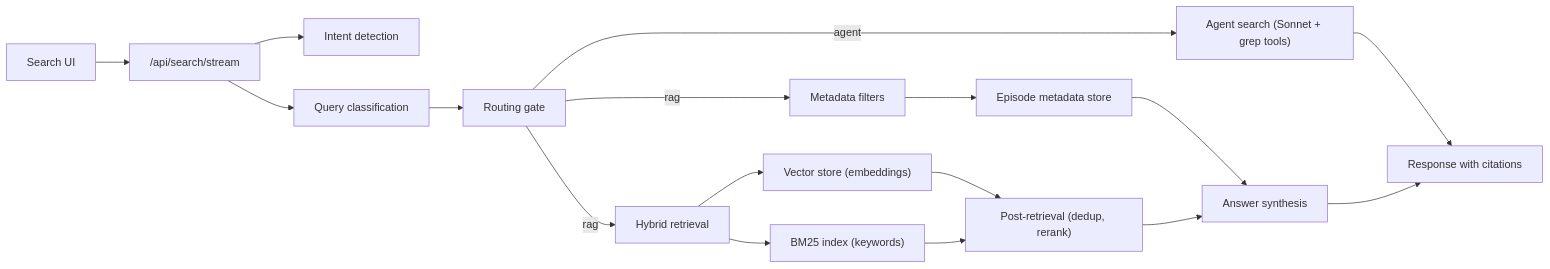
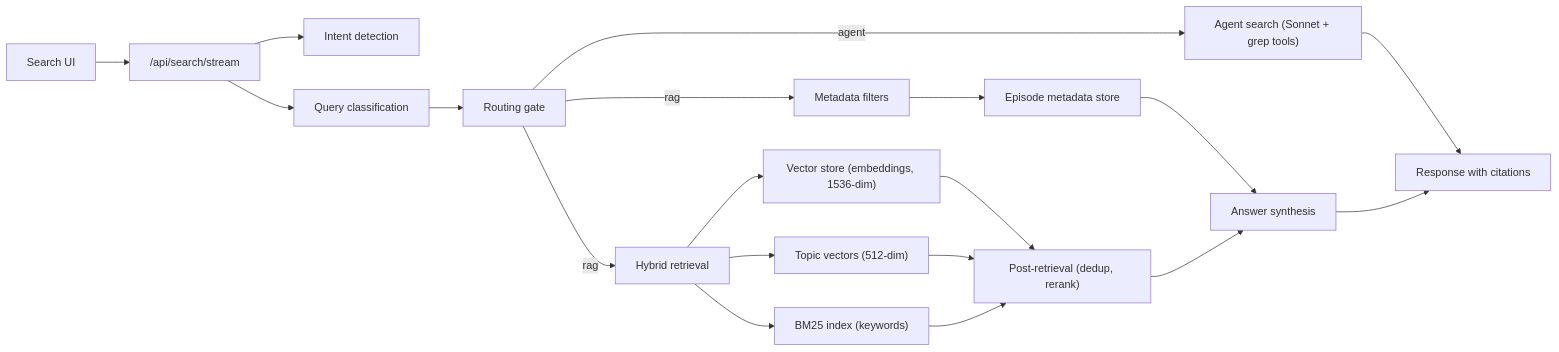
One commit to matthh/transcript-app changed the second of 2 diagrams in docs/query-journey.md. Above: the diagram before and after it, drawn with Mermaid. The commit also changed other lines of this file and 3 other files, not shown here.

````diff
--- a/docs/query-journey.md
+++ b/docs/query-journey.md
@@ -35,19 +35,21 @@
 ```mermaid
 flowchart LR
   A["Search UI"] --> B["/api/search/stream"]
   B --> C["Intent detection"]
   B --> D["Query classification"]
   D --> R["Routing gate"]
   R -- "agent" --> AG["Agent search (Sonnet + grep tools)"]
   AG --> K["Response with citations"]
   R -- "rag" --> E["Metadata filters"]
   R -- "rag" --> F["Hybrid retrieval"]
   E --> G["Episode metadata store"]
-  F --> H["Vector store (embeddings)"]
+  F --> H["Vector store (embeddings, 1536-dim)"]
+  F --> HT["Topic vectors (512-dim)"]
   F --> I["BM25 index (keywords)"]
   H --> L["Post-retrieval (dedup, rerank)"]
+  HT --> L
   I --> L
   G --> J["Answer synthesis"]
   L --> J
   J --> K
 ```
````
